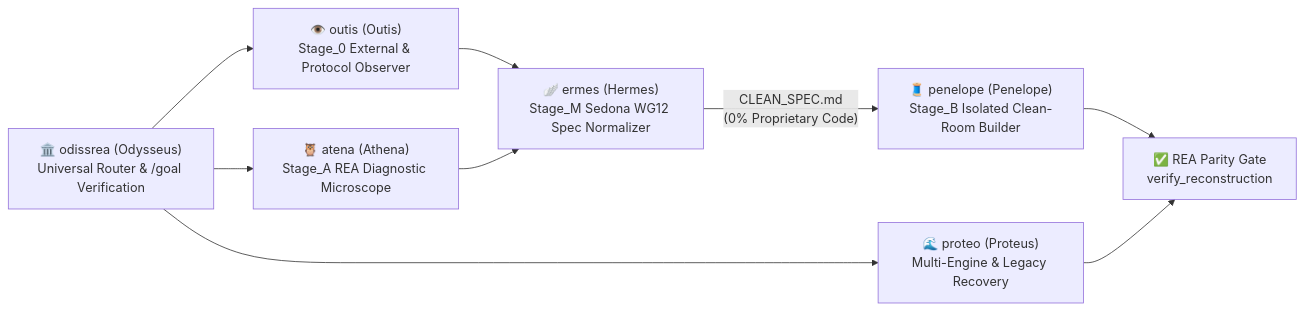
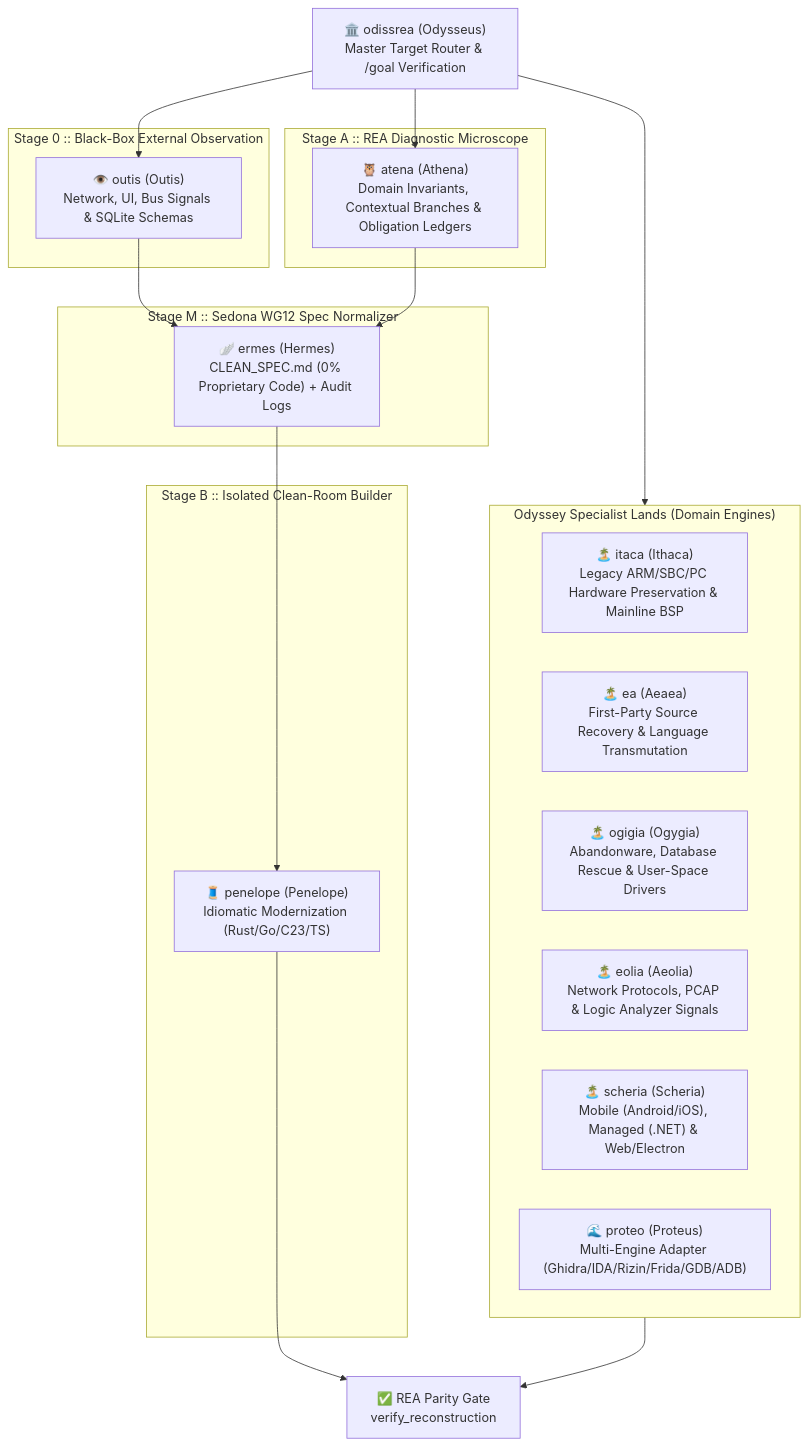
One commit to mich-de/OdissRea changed the first of 2 diagrams in README.md. Above: the diagram before and after it, drawn with Mermaid. The commit also changed other lines of this file and 1 other file, not shown here.

````diff
--- a/README.md
+++ b/README.md
@@ -30,11 +49,38 @@
 ```mermaid
-flowchart LR
-    Ulisse["🏛️ odissrea (Odysseus)\nUniversal Router & /goal Verification"] --> Outis["👁️ outis (Outis)\nStage_0 External & Protocol Observer"]
-    Ulisse --> Atena["🦉 atena (Athena)\nStage_A REA Diagnostic Microscope"]
-    Ulisse --> Proteo["🌊 proteo (Proteus)\nMulti-Engine & Legacy Recovery"]
-    Outis --> Ermes["🪽 ermes (Hermes)\nStage_M Sedona WG12 Spec Normalizer"]
+flowchart TD
+    Ulisse["🏛️ odissrea (Odysseus)\nMaster Target Router & /goal Verification"]
+    
+    subgraph Stage0["Stage 0 :: Black-Box External Observation"]
+        Outis["👁️ outis (Outis)\nNetwork, UI, Bus Signals & SQLite Schemas"]
+    end
+
+    subgraph StageA["Stage A :: REA Diagnostic Microscope"]
+        Atena["🦉 atena (Athena)\nDomain Invariants, Contextual Branches & Obligation Ledgers"]
+    end
+
+    subgraph StageM["Stage M :: Sedona WG12 Spec Normalizer"]
+        Ermes["🪽 ermes (Hermes)\nCLEAN_SPEC.md (0% Proprietary Code) + Audit Logs"]
+    end
+
+    subgraph StageB["Stage B :: Isolated Clean-Room Builder"]
+        Penelope["🧵 penelope (Penelope)\nIdiomatic Modernization (Rust/Go/C23/TS)"]
+    end
+
+    subgraph SpecialistLands["Odyssey Specialist Lands (Domain Engines)"]
+        Itaca["🏝️ itaca (Ithaca)\nLegacy ARM/SBC/PC Hardware Preservation & Mainline BSP"]
+        Ea["🏝️ ea (Aeaea)\nFirst-Party Source Recovery & Language Transmutation"]
+        Ogigia["🏝️ ogigia (Ogygia)\nAbandonware, Database Rescue & User-Space Drivers"]
+        Eolia["🏝️ eolia (Aeolia)\nNetwork Protocols, PCAP & Logic Analyzer Signals"]
+        Scheria["🏝️ scheria (Scheria)\nMobile (Android/iOS), Managed (.NET) & Web/Electron"]
+        Proteo["🌊 proteo (Proteus)\nMulti-Engine Adapter (Ghidra/IDA/Rizin/Frida/GDB/ADB)"]
+    end
+
+    Ulisse --> Outis
+    Ulisse --> Atena
+    Ulisse --> SpecialistLands
+    Outis --> Ermes
     Atena --> Ermes
-    Ermes -->|"CLEAN_SPEC.md\n(0% Proprietary Code)"| Penelope["🧵 penelope (Penelope)\nStage_B Isolated Clean-Room Builder"]
+    Ermes --> Penelope
     Penelope --> Verify["✅ REA Parity Gate\nverify_reconstruction"]
-    Proteo --> Verify
+    SpecialistLands --> Verify
 ```
````
